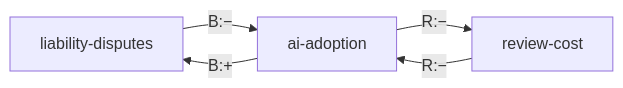
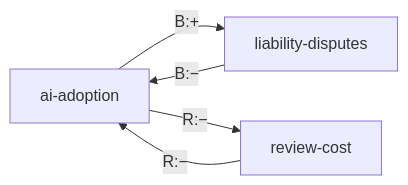
Before and after one commit to eunhyekim2025-stack/Grace-Study-Hub: the second of 3 diagrams in llm-wiki/wiki/graph-viz.md, drawn with Mermaid. The commit also changed other lines of this file and 120 other files, not shown here.

First line of the commit message:
Add profile pages + graph metrics; keep phone off public resume

````diff
--- a/llm-wiki/wiki/graph-viz.md
+++ b/llm-wiki/wiki/graph-viz.md
@@ -34,10 +34,10 @@
 ```mermaid
 flowchart LR
+  n_systems_ai_adoption["ai-adoption"]
   n_systems_liability_disputes["liability-disputes"]
-  n_systems_ai_adoption["ai-adoption"]
   n_systems_review_cost["review-cost"]
+  n_systems_ai_adoption -->|B:+| n_systems_liability_disputes
   n_systems_liability_disputes -->|B:−| n_systems_ai_adoption
-  n_systems_ai_adoption -->|B:+| n_systems_liability_disputes
+  n_systems_ai_adoption -->|R:−| n_systems_review_cost
   n_systems_review_cost -->|R:−| n_systems_ai_adoption
-  n_systems_ai_adoption -->|R:−| n_systems_review_cost
 ```
````
